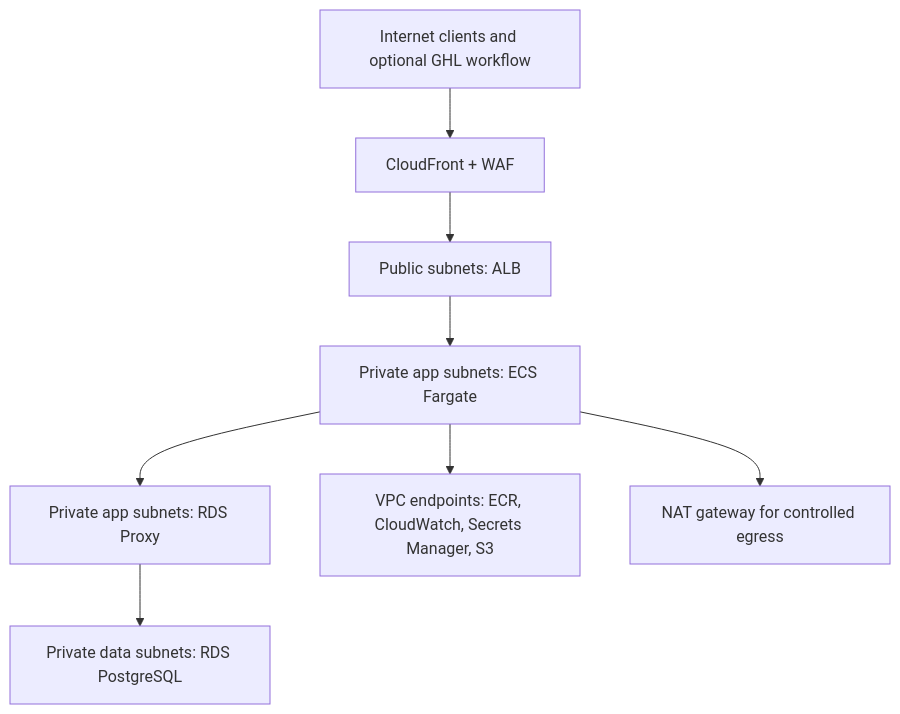
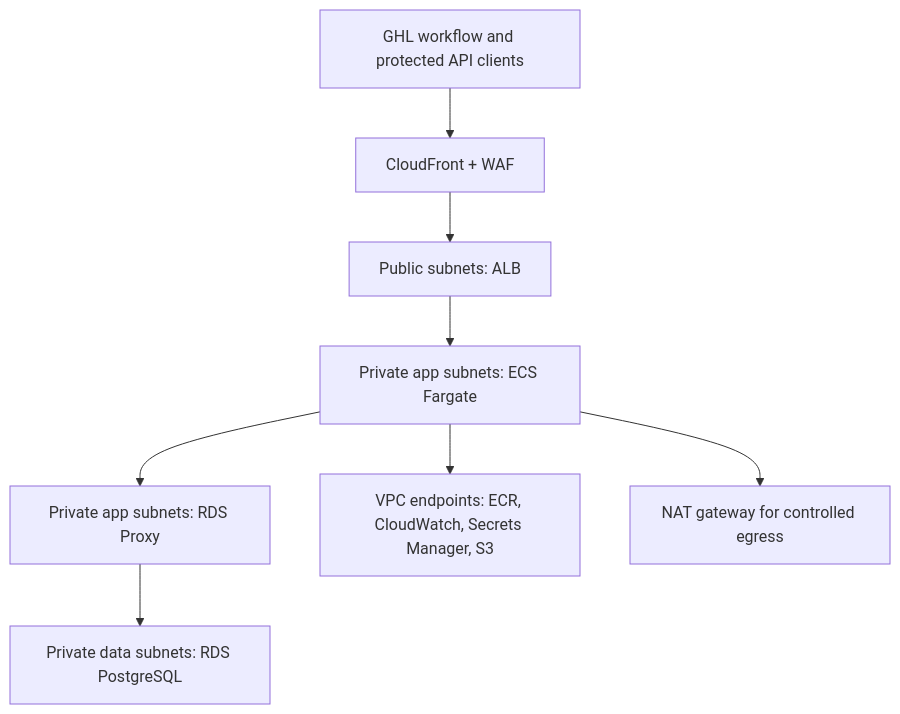
The third of 3 diagrams in docs/architecture.md (manynames3/clearpath-fargate-api), drawn with Mermaid before and after one commit. The commit also changed other lines of this file and 7 other files, not shown here.

````diff
--- a/docs/architecture.md
+++ b/docs/architecture.md
@@ -57,10 +73,10 @@
 ```mermaid
 flowchart TB
-    internet["Internet clients and optional GHL workflow"] --> cloudfront["CloudFront + WAF"]
+    internet["GHL workflow and protected API clients"] --> cloudfront["CloudFront + WAF"]
     cloudfront --> alb["Public subnets: ALB"]
     alb --> ecs["Private app subnets: ECS Fargate"]
     ecs --> proxy["Private app subnets: RDS Proxy"]
     proxy --> rds["Private data subnets: RDS PostgreSQL"]
     ecs --> endpoints["VPC endpoints: ECR, CloudWatch, Secrets Manager, S3"]
     ecs --> nat["NAT gateway for controlled egress"]
 ```
````
